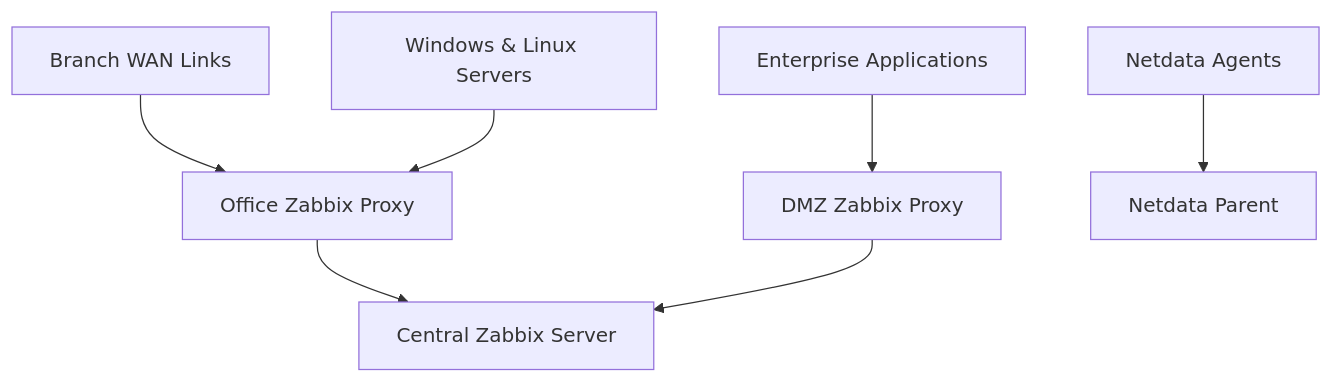
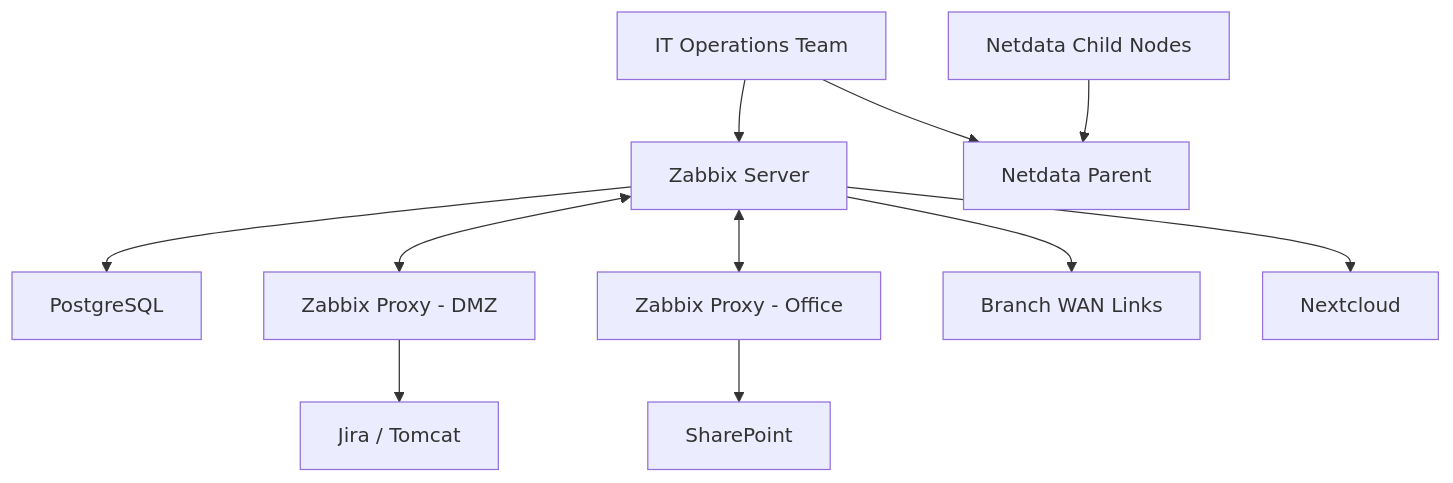
Before and after one commit to elahegivi/enterprise-infrastructure-monitoring: the diagram in README.md, drawn with Mermaid. The commit also changed other lines of this file, not shown here.

Commit message:
Refine enterprise monitoring README

````diff
--- a/README.md
+++ b/README.md
@@ -130,20 +34,29 @@
 ```mermaid
 flowchart TB
-    ZS["Central Zabbix Server"]
-    OP["Office Zabbix Proxy"]
-    DP["DMZ Zabbix Proxy"]
+    ADMIN["IT Operations Team"]
+    SERVER["Zabbix Server"]
+    DB["PostgreSQL"]
+    PROXY1["Zabbix Proxy - DMZ"]
+    PROXY2["Zabbix Proxy - Office"]
+
     WAN["Branch WAN Links"]
-    SRV["Windows & Linux Servers"]
-    APP["Enterprise Applications"]
-    NP["Netdata Parent"]
-    NA["Netdata Agents"]
+    JIRA["Jira / Tomcat"]
+    SP["SharePoint"]
+    NC["Nextcloud"]
 
-    OP --> ZS
-    DP --> ZS
+    NETDATA["Netdata Parent"]
+    AGENTS["Netdata Child Nodes"]
 
-    WAN --> OP
-    SRV --> OP
-    APP --> DP
+    ADMIN --> SERVER
+    SERVER --> DB
+    SERVER <--> PROXY1
+    SERVER <--> PROXY2
 
-    NA --> NP
+    SERVER --> WAN
+    PROXY1 --> JIRA
+    PROXY2 --> SP
+    SERVER --> NC
+
+    ADMIN --> NETDATA
+    AGENTS --> NETDATA
 ```
````
